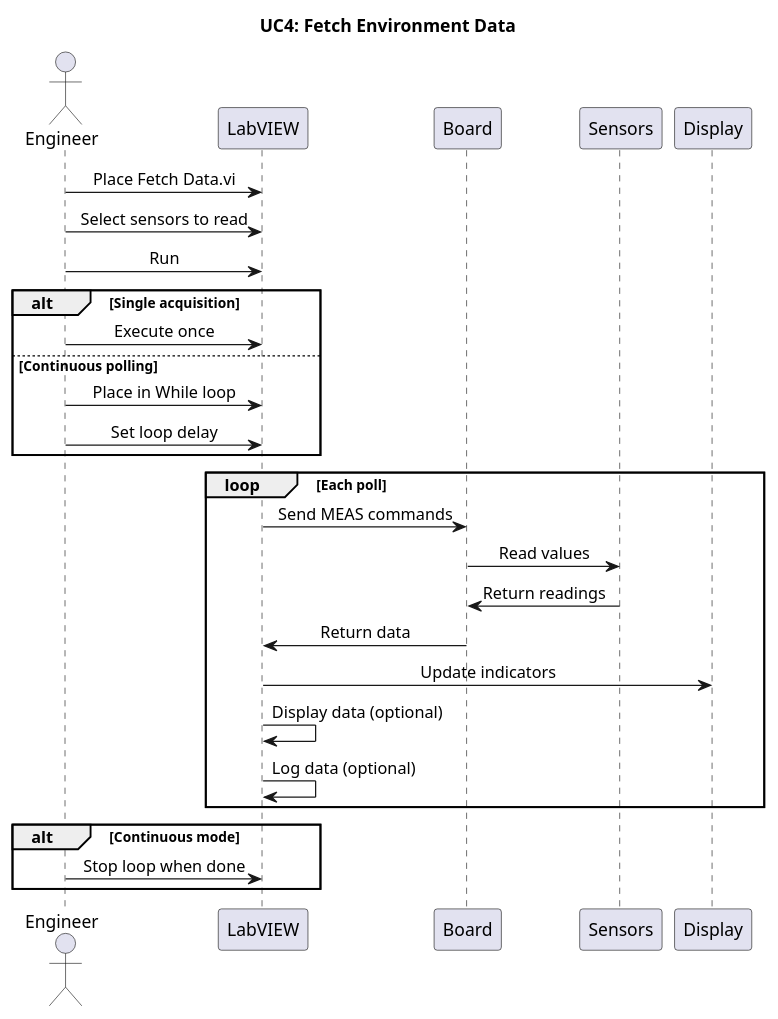
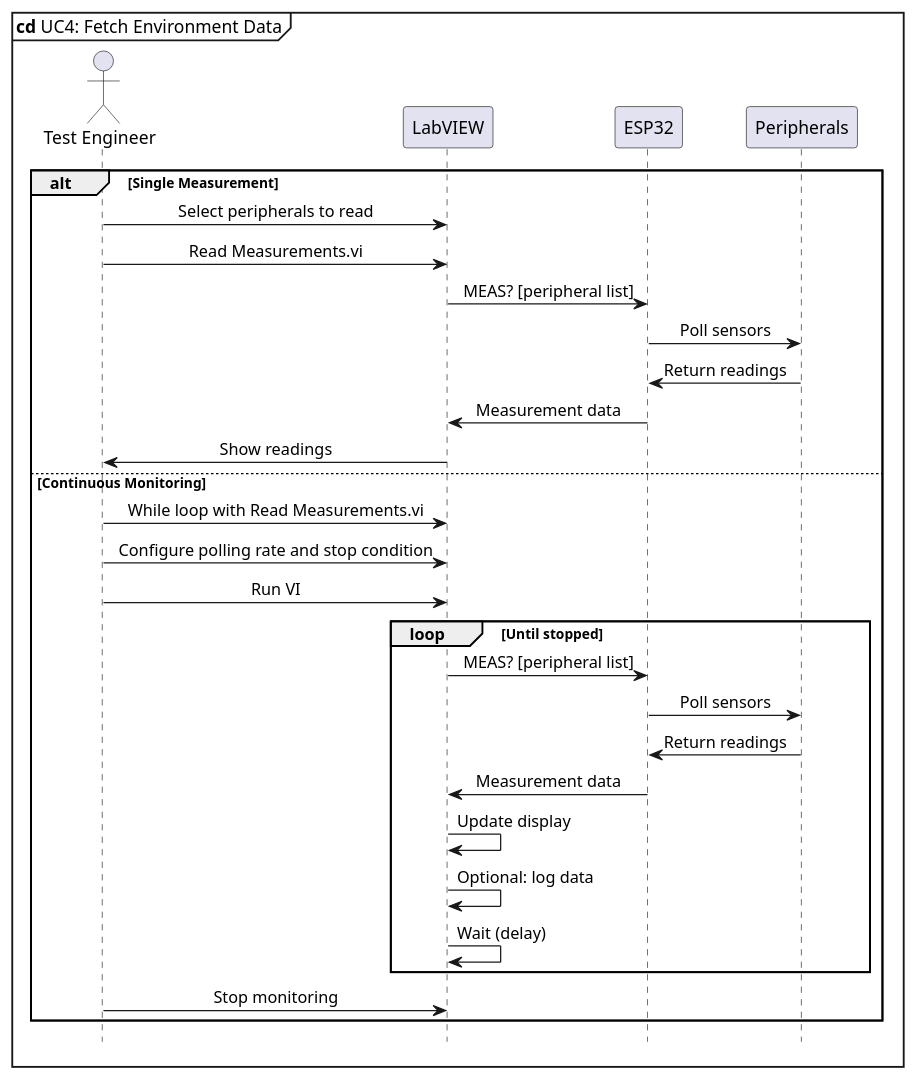
One commit to GabeAvenia/Environmental-Monitor-ESP32 changed the diagram in Sequence Diagrams/UC4 Fetch Environment Data.puml. Above: the diagram before and after it, drawn with PlantUML. The commit also changed 18 other files, not shown here.

Commit message:
Allow string in Additional config. Created system component diagrams.

```diff
--- a/Sequence Diagrams/UC4 Fetch Environment Data.puml
+++ b/Sequence Diagrams/UC4 Fetch Environment Data.puml
@@ -1,36 +1,39 @@
 @startuml
+hide footbox
+mainframe **cd** UC4: Fetch Environment Data
 skinparam sequenceMessageAlign center
-title UC4: Fetch Environment Data
 
-actor Engineer
-participant LabVIEW
-participant Board
-participant Sensors
-participant Display
+actor "Test Engineer" as Engineer
+participant "LabVIEW" as LabVIEW
+participant "ESP32" as Board
+participant "Peripherals" as Peripherals
 
-Engineer -> LabVIEW: Place Fetch Data.vi
-Engineer -> LabVIEW: Select sensors to read
-Engineer -> LabVIEW: Run
+alt Single Measurement
+  Engineer -> LabVIEW: Select peripherals to read
+  Engineer -> LabVIEW: Read Measurements.vi
+  
+  LabVIEW -> Board: MEAS? [peripheral list]
+  Board -> Peripherals: Poll sensors
+  Peripherals -> Board: Return readings
+  Board -> LabVIEW: Measurement data
+  LabVIEW -> Engineer: Show readings
 
-alt Single acquisition
-    Engineer -> LabVIEW: Execute once
-else Continuous polling
-    Engineer -> LabVIEW: Place in While loop
-    Engineer -> LabVIEW: Set loop delay
+else Continuous Monitoring
+  Engineer -> LabVIEW: While loop with Read Measurements.vi
+  Engineer -> LabVIEW: Configure polling rate and stop condition
+  Engineer -> LabVIEW: Run VI
+  
+  loop Until stopped
+    LabVIEW -> Board: MEAS? [peripheral list]
+    Board -> Peripherals: Poll sensors
+    Peripherals -> Board: Return readings
+    Board -> LabVIEW: Measurement data
+    LabVIEW -> LabVIEW: Update display
+    LabVIEW -> LabVIEW: Optional: log data
+    LabVIEW -> LabVIEW: Wait (delay)
+  end
+  
+  Engineer -> LabVIEW: Stop monitoring
 end
 
-loop Each poll
-    LabVIEW -> Board: Send MEAS commands
-    Board -> Sensors: Read values
-    Sensors -> Board: Return readings
-    Board -> LabVIEW: Return data
-    
-    LabVIEW -> Display: Update indicators
-    LabVIEW -> LabVIEW: Display data (optional)
-    LabVIEW -> LabVIEW: Log data (optional)
-end
-
-alt Continuous mode
-    Engineer -> LabVIEW: Stop loop when done
-end
 @enduml
```
